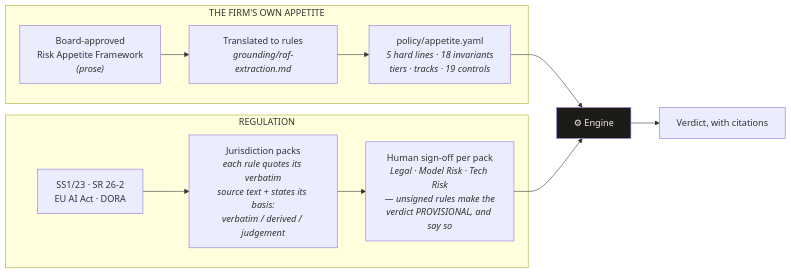
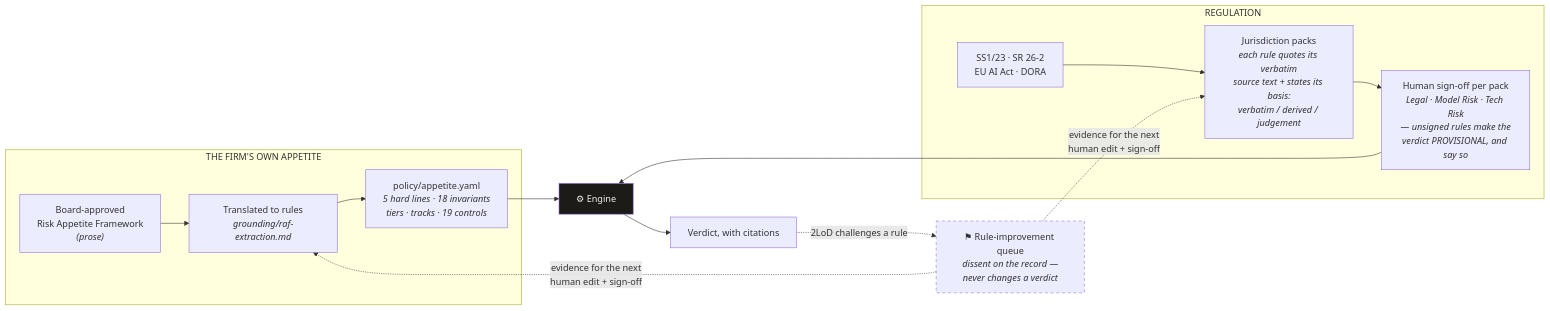
Before and after one commit to oza977-max/ai-raf-precheck: the second of 2 diagrams in README.md, drawn with Mermaid. The commit also changed other lines of this file, not shown here.

Commit message:
docs: the README diagrams now show the feedback path
Flow diagram: a dashed 'Rule challenge' exit from the register/sign-off
node — advisory by construction, the verdict stands. Provenance diagram:
the rule-improvement queue feeding evidence back to both rule sources
(firm appetite and packs), always through the human edit + sign-off path.
Render-verified via the __mcheck.html pattern before commit (2 SVGs, no
parse errors).

````diff
--- a/README.md
+++ b/README.md
@@ -66,18 +68,23 @@
 ```mermaid
 flowchart LR
     subgraph firm["THE FIRM'S OWN APPETITE"]
         RAF["Board-approved<br/>Risk Appetite Framework<br/><i>(prose)</i>"] --> EX["Translated to rules<br/><i>grounding/raf-extraction.md</i>"]
         EX --> POL["policy/appetite.yaml<br/><i>5 hard lines · 18 invariants<br/>tiers · tracks · 19 controls</i>"]
     end
 
     subgraph reg["REGULATION"]
         LAW["SS1/23 · SR 26-2<br/>EU AI Act · DORA"] --> PACK["Jurisdiction packs<br/><i>each rule quotes its verbatim<br/>source text + states its basis:<br/>verbatim / derived / judgement</i>"]
         PACK --> SIGN["Human sign-off per pack<br/><i>Legal · Model Risk · Tech Risk<br/>— unsigned rules make the<br/>verdict PROVISIONAL, and say so</i>"]
     end
 
     POL --> ENGINE["⚙ Engine"]
     SIGN --> ENGINE
     ENGINE --> V["Verdict, with citations"]
 
+    V -.->|"2LoD challenges a rule"| Q["⚑ Rule-improvement queue<br/><i>dissent on the record —<br/>never changes a verdict</i>"]
+    Q -.->|"evidence for the next<br/>human edit + sign-off"| EX
+    Q -.->|"evidence for the next<br/>human edit + sign-off"| PACK
+
     style ENGINE fill:#1c1b18,color:#f3f0e8
+    style Q stroke-dasharray: 5 5
 ```
````
